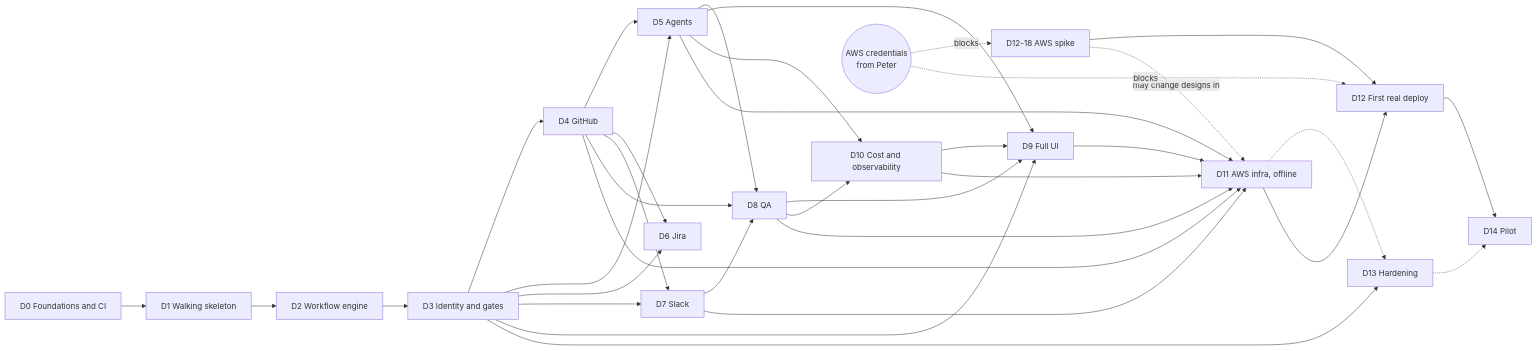
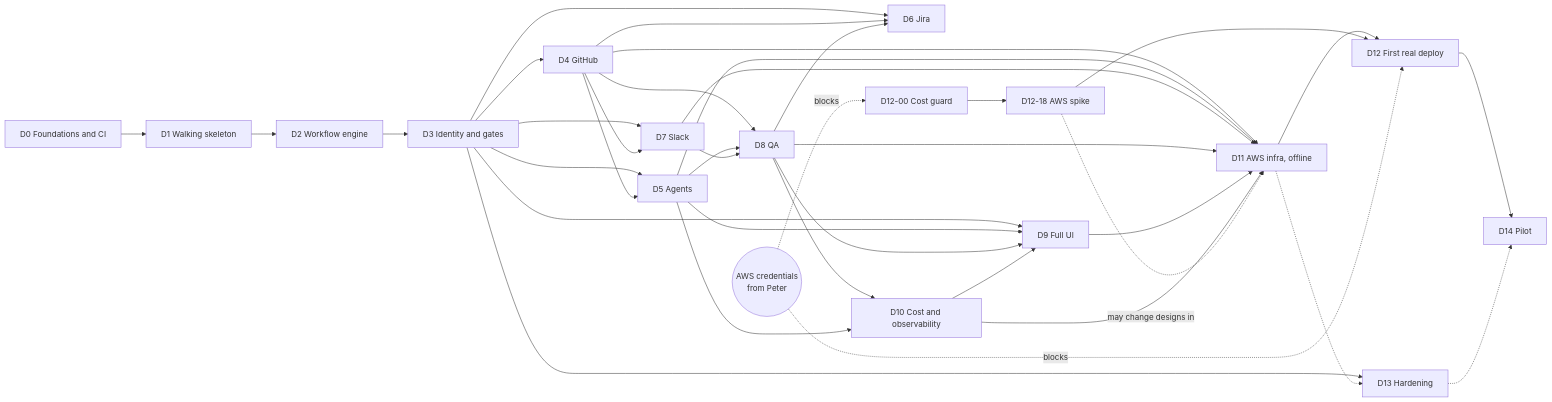
One commit to bamseynet/swe-ticket-orchestrator changed the diagram in docs/STAGES.md. Above: the diagram before and after it, drawn with Mermaid. The commit also changed other lines of this file and 13 other files, not shown here.

````diff
--- a/docs/STAGES.md
+++ b/docs/STAGES.md
@@ -11,37 +11,39 @@
 ```mermaid
 flowchart LR
     D0[D0 Foundations and CI] --> D1[D1 Walking skeleton]
     D1 --> D2[D2 Workflow engine]
     D2 --> D3[D3 Identity and gates]
     D3 --> D4[D4 GitHub]
     D3 --> D5[D5 Agents]
     D3 --> D6[D6 Jira]
     D3 --> D7[D7 Slack]
     D3 --> D9[D9 Full UI]
     D3 --> D13[D13 Hardening]
     D4 --> D5
     D4 --> D6
     D4 --> D7
     D4 --> D8[D8 QA]
     D5 --> D8
     D7 --> D8
     D5 --> D9
     D8 --> D9
+    D8 --> D6
     D8 --> D10[D10 Cost and observability]
     D10 --> D9
     D5 --> D10
     D4 --> D11[D11 AWS infra, offline]
     D5 --> D11
     D7 --> D11
     D8 --> D11
     D9 --> D11
     D10 --> D11
     D11 -.-> D13
     D11 --> D12[D12 First real deploy]
-    CRED((AWS credentials<br/>from Peter)) -.->|blocks| SPIKE[D12-18 AWS spike]
+    CRED((AWS credentials<br/>from Peter)) -.->|blocks| GUARD[D12-00 Cost guard]
+    GUARD --> SPIKE[D12-18 AWS spike]
     SPIKE --> D12
     SPIKE -.->|may change designs in| D11
     CRED -.->|blocks| D12
     D12 --> D14[D14 Pilot]
     D13 -.-> D14
 ```
````
